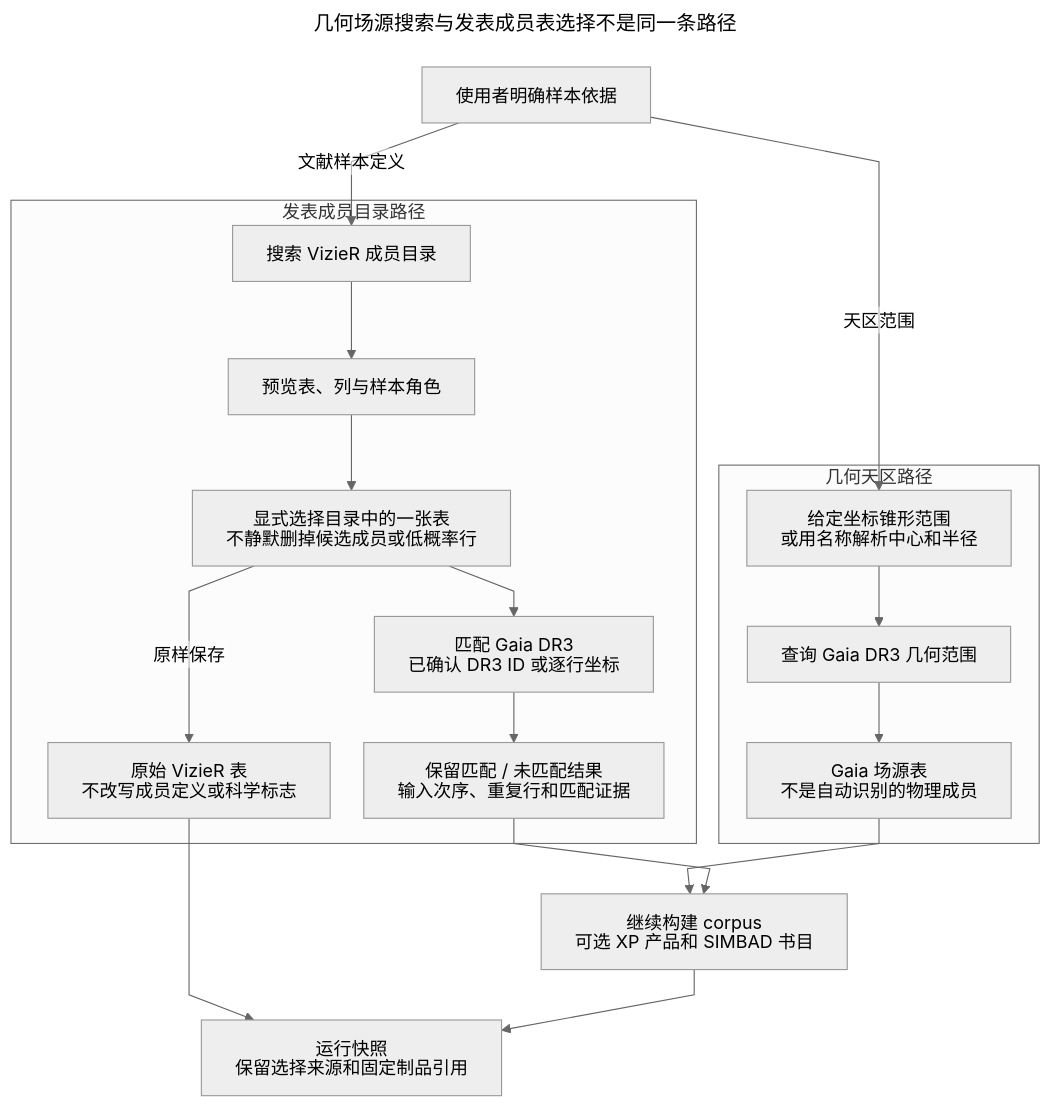
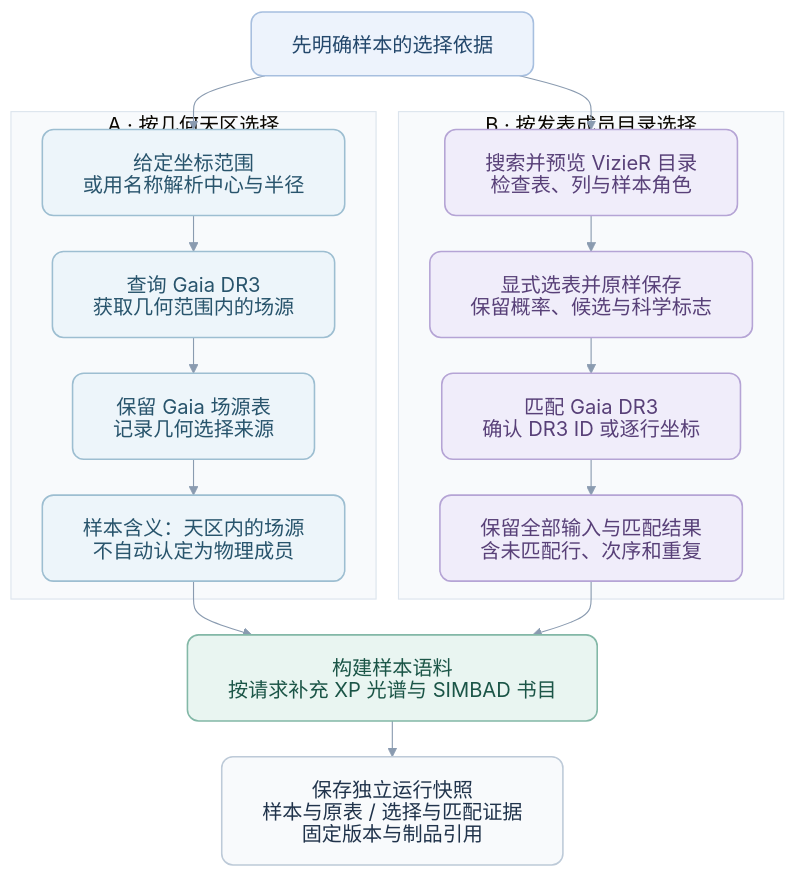
Before and after one commit to cetizhao/Astro-Corpus: the second of 3 diagrams in docs/architecture.md, drawn with Mermaid. The commit also changed other lines of this file and 9 other files, not shown here.

Commit message:
docs: redesign README diagrams and add project showcase

````diff
--- a/docs/architecture.md
+++ b/docs/architecture.md
@@ -153,43 +172,56 @@
 ```mermaid
 ---
-title: 几何场源搜索与发表成员表选择不是同一条路径
 config:
-  theme: neutral
+  look: classic
+  theme: base
   htmlLabels: false
   fontFamily: 'Noto Sans CJK SC, PingFang SC, Microsoft YaHei, sans-serif'
+  themeVariables:
+    fontSize: 18px
+    primaryTextColor: '#20334b'
+    lineColor: '#8a9bb0'
+    clusterBkg: '#f8fafc'
+    clusterBorder: '#dce4ed'
+    edgeLabelBackground: '#ffffff'
   flowchart:
     htmlLabels: false
-    curve: linear
+    curve: basis
     wrappingWidth: 300
-    nodeSpacing: 30
-    rankSpacing: 45
+    nodeSpacing: 36
+    rankSpacing: 32
+    padding: 18
 ---
 flowchart TB
-    request["使用者明确样本依据"]
+    accTitle: 几何场源与发表成员目录的样本选择
+    accDescr: 坐标范围或名称解析得到几何范围内的 Gaia 场源，不自动定义物理成员。成员路径先搜索预览 VizieR 目录并显式选表，再匹配 Gaia，保留原表、未匹配行、次序和重复输入，最后保存独立运行快照。
+    request["先明确样本的选择依据"]:::entry
 
-    subgraph geometric["几何天区路径"]
-        region["给定坐标锥形范围<br/>或用名称解析中心和半径"]
-        cone["查询 Gaia DR3 几何范围"]
-        field["Gaia 场源表<br/>不是自动识别的物理成员"]
-        region --> cone --> field
+    subgraph geometric["A · 按几何天区选择"]
+        region["给定坐标范围<br/>或用名称解析中心与半径"]:::field
+        cone["查询 Gaia DR3<br/>获取几何范围内的场源"]:::field
+        field["保留 Gaia 场源表<br/>记录几何选择来源"]:::field
+        scope["样本含义：天区内的场源<br/>不自动认定为物理成员"]:::field
+        region --> cone --> field --> scope
     end
 
-    subgraph literature["发表成员目录路径"]
-        search["搜索 VizieR 成员目录"]
-        preview["预览表、列与样本角色"]
-        table["显式选择目录中的一张表<br/>不静默删掉候选成员或低概率行"]
-        match["匹配 Gaia DR3<br/>已确认 DR3 ID 或逐行坐标"]
-        outcomes["保留匹配 / 未匹配结果<br/>输入次序、重复行和匹配证据"]
-        original["原始 VizieR 表<br/>不改写成员定义或科学标志"]
-        search --> preview --> table
-        table -->|原样保存| original
+    subgraph literature["B · 按发表成员目录选择"]
+        search["搜索并预览 VizieR 目录<br/>检查表、列与样本角色"]:::member
+        table["显式选表并原样保存<br/>保留概率、候选与科学标志"]:::member
+        match["匹配 Gaia DR3<br/>确认 DR3 ID 或逐行坐标"]:::member
+        outcomes["保留全部输入与匹配结果<br/>含未匹配行、次序和重复"]:::member
+        search --> table
         table --> match --> outcomes
     end
 
-    request -->|天区范围| region
-    request -->|文献样本定义| search
-    field --> build["继续构建 corpus<br/>可选 XP 产品和 SIMBAD 书目"]
+    request --> region
+    request --> search
+    scope --> build["构建样本语料<br/>按请求补充 XP 光谱与 SIMBAD 书目"]:::build
     outcomes --> build
-    original --> snapshot["运行快照<br/>保留选择来源和固定制品引用"]
-    build --> snapshot
+    build --> snapshot["保存独立运行快照<br/>样本与原表 / 选择与匹配证据<br/>固定版本与制品引用"]:::storage
+
+    classDef entry fill:#edf3fc,stroke:#a7bfdf,color:#23476b,stroke-width:1.4px,rx:10,ry:10
+    classDef field fill:#edf5fa,stroke:#9dbed1,color:#28546c,stroke-width:1.4px,rx:10,ry:10
+    classDef member fill:#f0edfa,stroke:#b5a4d5,color:#584078,stroke-width:1.4px,rx:10,ry:10
+    classDef build fill:#e9f5f1,stroke:#83b8a7,color:#1b5547,stroke-width:1.4px,rx:10,ry:10
+    classDef storage fill:#f8fafc,stroke:#bdcad8,color:#20334b,stroke-width:1.4px,rx:10,ry:10
 ```
````
